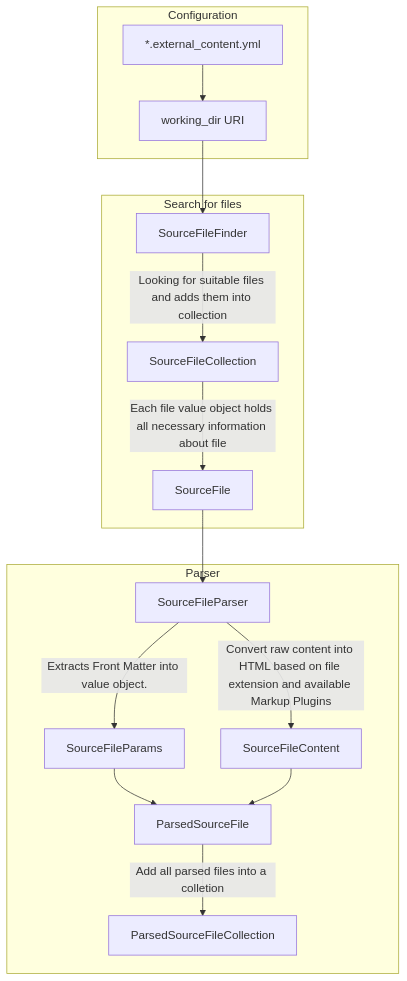
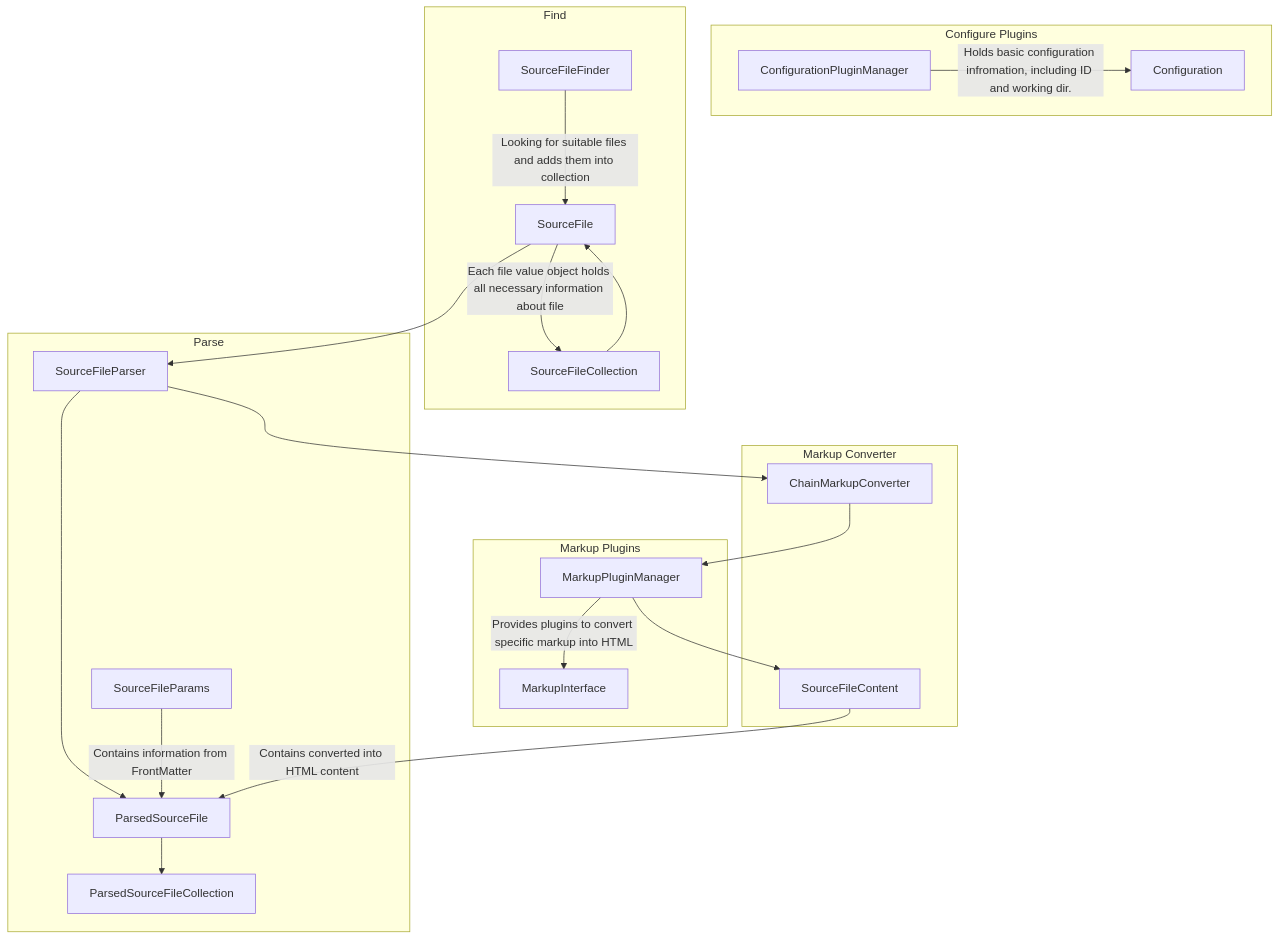
One commit to Niklan/niklan.net changed the diagram in web/modules/custom/external_content/README.md. Above: the diagram before and after it, drawn with Mermaid.

Commit message:
WIP on External Content.

````diff
--- a/web/modules/custom/external_content/README.md
+++ b/web/modules/custom/external_content/README.md
@@ -8,19 +8,29 @@
 ```mermaid
 graph TB
-  subgraph Configuration
-    A1[*.external_content.yml] --> B1[working_dir URI]
+  subgraph Configure Plugins
+    ConfigurationPluginManager -->|Holds basic configuration infromation, including ID and working dir.| Configuration
   end
-  subgraph Search for files
-    B1 --> SourceFileFinder
-    SourceFileFinder -->|Looking for suitable files and adds them into collection| SourceFileCollection
-    SourceFileCollection -->|Each file value object holds all necessary information about file| SourceFile
+
+  subgraph Markup Plugins
+    MarkupPluginManager --> |Provides plugins to convert specific markup into HTML| MarkupInterface
   end
-  subgraph Parser
+
+  subgraph Markup Converter
+    ChainMarkupConverter --> MarkupPluginManager --> SourceFileContent
+  end
+
+  subgraph Find
+    SourceFileFinder -->|Looking for suitable files and adds them into collection| SourceFile
+    SourceFile -->|Each file value object holds all necessary information about file| SourceFileCollection
+    SourceFileCollection --> SourceFile
+  end
+
+  subgraph Parse
     SourceFile --> SourceFileParser
-    SourceFileParser --> |Extracts Front Matter into value object.| SourceFileParams
-    SourceFileParser --> |Convert raw content into HTML based on file extension and available Markup Plugins| SourceFileContent
-    SourceFileParams --> ParsedSourceFile
-    SourceFileContent --> ParsedSourceFile
-    ParsedSourceFile --> |Add all parsed files into a colletion| ParsedSourceFileCollection
+    SourceFileParser --> ChainMarkupConverter
+    SourceFileParser --> ParsedSourceFile
+    SourceFileParams --> |Contains information from FrontMatter| ParsedSourceFile
+    SourceFileContent --> |Contains converted into HTML content| ParsedSourceFile
+    ParsedSourceFile --> ParsedSourceFileCollection
   end
 ```
````
